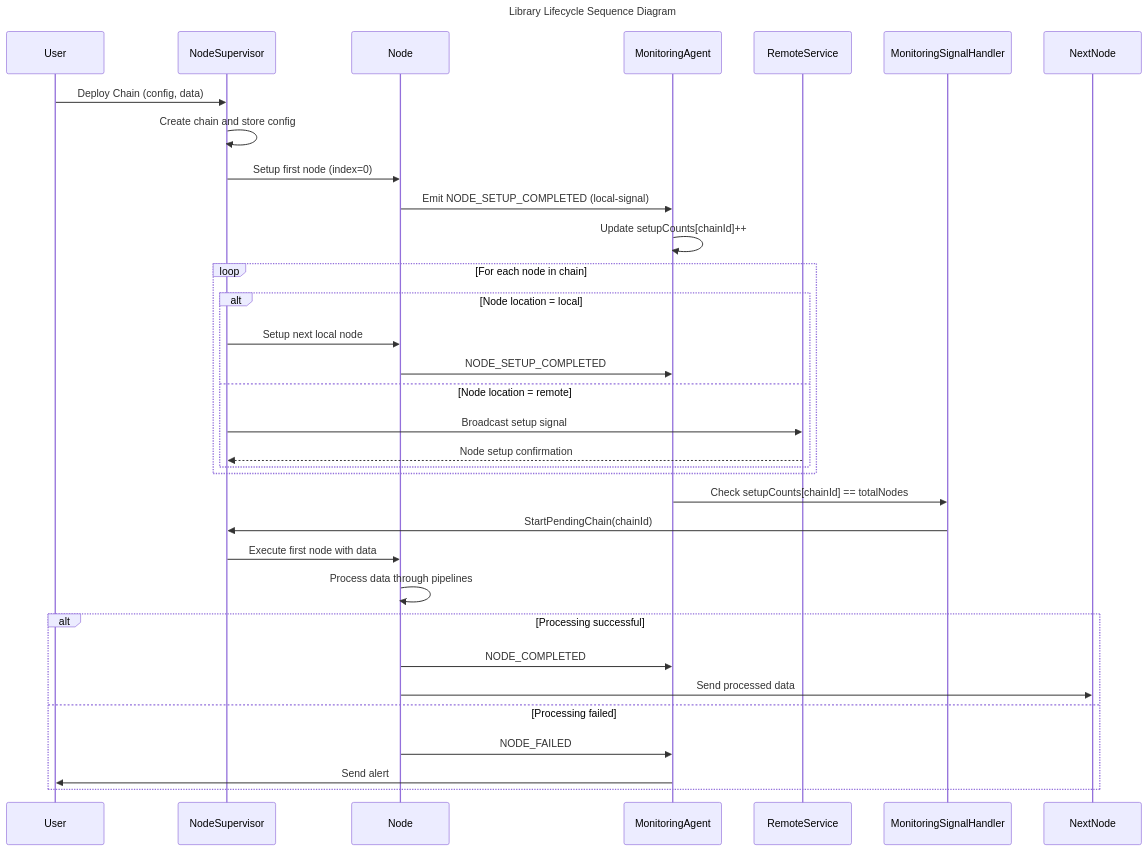
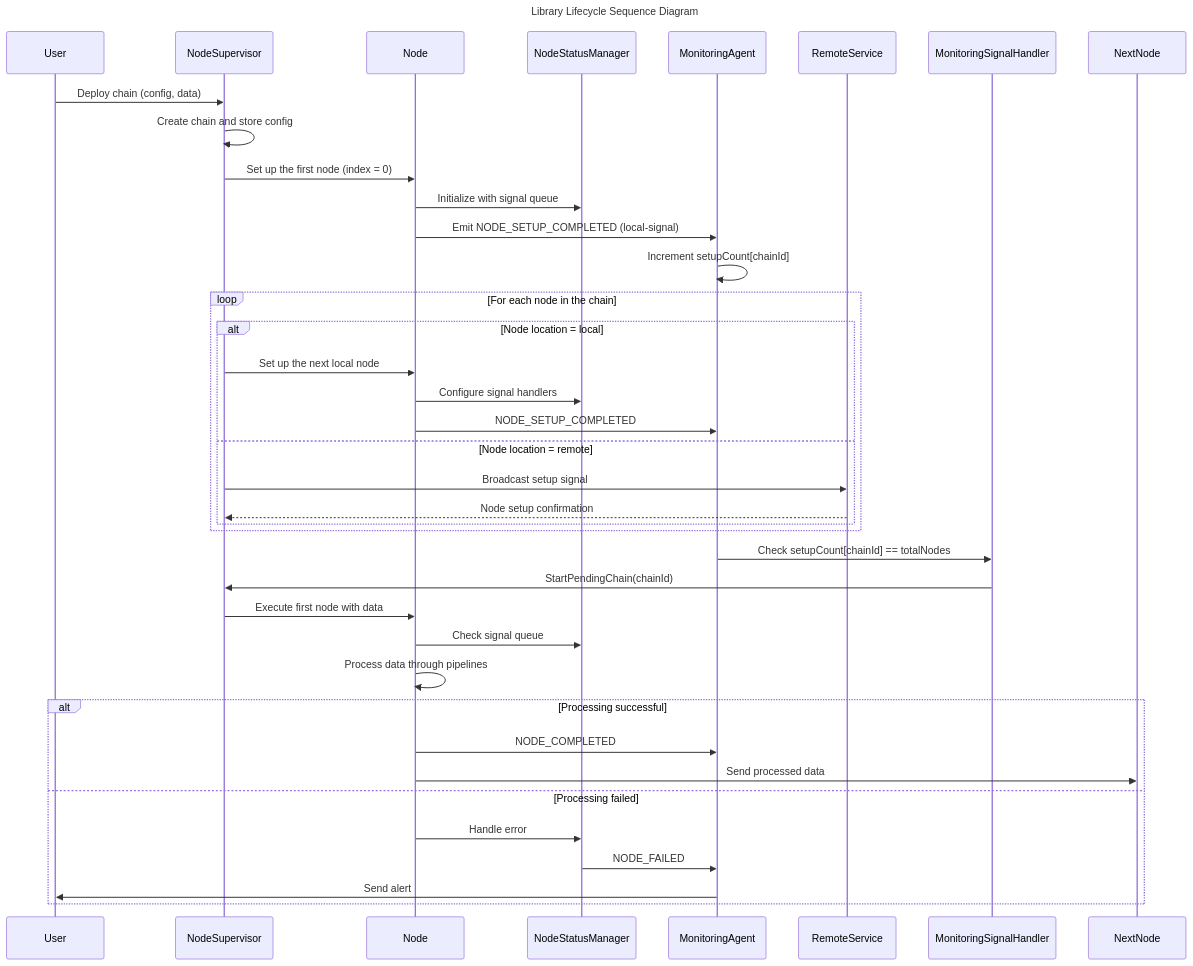
One commit to mathieu-vision/data-processing-chain-protocol changed the first of 6 diagrams in lib/docs/flows.md. Above: the diagram before and after it, drawn with Mermaid. The commit also changed other lines of this file, not shown here.

Commit message:
doc: update lib flow.md

````diff
--- a/lib/docs/flows.md
+++ b/lib/docs/flows.md
@@ -5,37 +5,43 @@
 ```mermaid
 sequenceDiagram
     title Library Lifecycle Sequence Diagram
     participant User
     participant NodeSupervisor
     participant Node
+    participant NodeStatusManager
     participant MonitoringAgent
     participant RemoteService
+    participant MonitoringSignalHandler
 
-    User->>NodeSupervisor: Deploy Chain (config, data)
+    User->>NodeSupervisor: Deploy chain (config, data)
     NodeSupervisor->>NodeSupervisor: Create chain and store config
-    NodeSupervisor->>Node: Setup first node (index=0)
+    NodeSupervisor->>Node: Set up the first node (index = 0)
+    Node->>NodeStatusManager: Initialize with signal queue
     Node->>MonitoringAgent: Emit NODE_SETUP_COMPLETED (local-signal)
-    MonitoringAgent->>MonitoringAgent: Update setupCounts[chainId]++
+    MonitoringAgent->>MonitoringAgent: Increment setupCount[chainId]
     
-    loop For each node in chain
+    loop For each node in the chain
         alt Node location = local
-            NodeSupervisor->>Node: Setup next local node
+            NodeSupervisor->>Node: Set up the next local node
+            Node->>NodeStatusManager: Configure signal handlers
             Node->>MonitoringAgent: NODE_SETUP_COMPLETED
         else Node location = remote
             NodeSupervisor->>RemoteService: Broadcast setup signal
             RemoteService-->>NodeSupervisor: Node setup confirmation
         end
     end
     
-    MonitoringAgent->>MonitoringSignalHandler: Check setupCounts[chainId] == totalNodes
+    MonitoringAgent->>MonitoringSignalHandler: Check setupCount[chainId] == totalNodes
     MonitoringSignalHandler->>NodeSupervisor: StartPendingChain(chainId)
     NodeSupervisor->>Node: Execute first node with data
+    Node->>NodeStatusManager: Check signal queue
     Node->>Node: Process data through pipelines
     alt Processing successful
         Node->>MonitoringAgent: NODE_COMPLETED
         Node->>NextNode: Send processed data
     else Processing failed
-        Node->>MonitoringAgent: NODE_FAILED
+        Node->>NodeStatusManager: Handle error
+        NodeStatusManager->>MonitoringAgent: NODE_FAILED
         MonitoringAgent->>User: Send alert
     end
 ```
````
